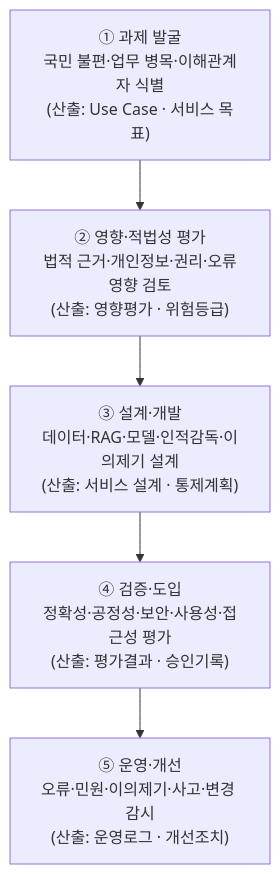
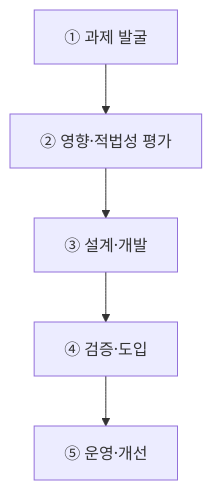
One commit to agnusdei1207/study changed the second of 3 diagrams in src/content/docs/notes/itpe/01-it-strategy/052_ai_democratic_government_on_ai.md. Above: the diagram before and after it, drawn with Mermaid. The commit also changed other lines of this file and 19 other files, not shown here.

````diff
--- a/src/content/docs/notes/itpe/01-it-strategy/052_ai_democratic_government_on_ai.md
+++ b/src/content/docs/notes/itpe/01-it-strategy/052_ai_democratic_government_on_ai.md
@@ -82,10 +86,4 @@
 ```mermaid
 flowchart TD
-    S1["① 과제 발굴<br/>국민 불편·업무 병목·이해관계자 식별<br/>(산출: Use Case · 서비스 목표)"]
-    S2["② 영향·적법성 평가<br/>법적 근거·개인정보·권리·오류영향 검토<br/>(산출: 영향평가 · 위험등급)"]
-    S3["③ 설계·개발<br/>데이터·RAG·모델·인적감독·이의제기 설계<br/>(산출: 서비스 설계 · 통제계획)"]
-    S4["④ 검증·도입<br/>정확성·공정성·보안·사용성·접근성 평가<br/>(산출: 평가결과 · 승인기록)"]
-    S5["⑤ 운영·개선<br/>오류·민원·이의제기·사고·변경 감시<br/>(산출: 운영로그 · 개선조치)"]
-
-    S1 --> S2 --> S3 --> S4 --> S5
+    S1["① 과제 발굴"] --> S2["② 영향·적법성 평가"] --> S3["③ 설계·개발"] --> S4["④ 검증·도입"] --> S5["⑤ 운영·개선"]
 ```
````
